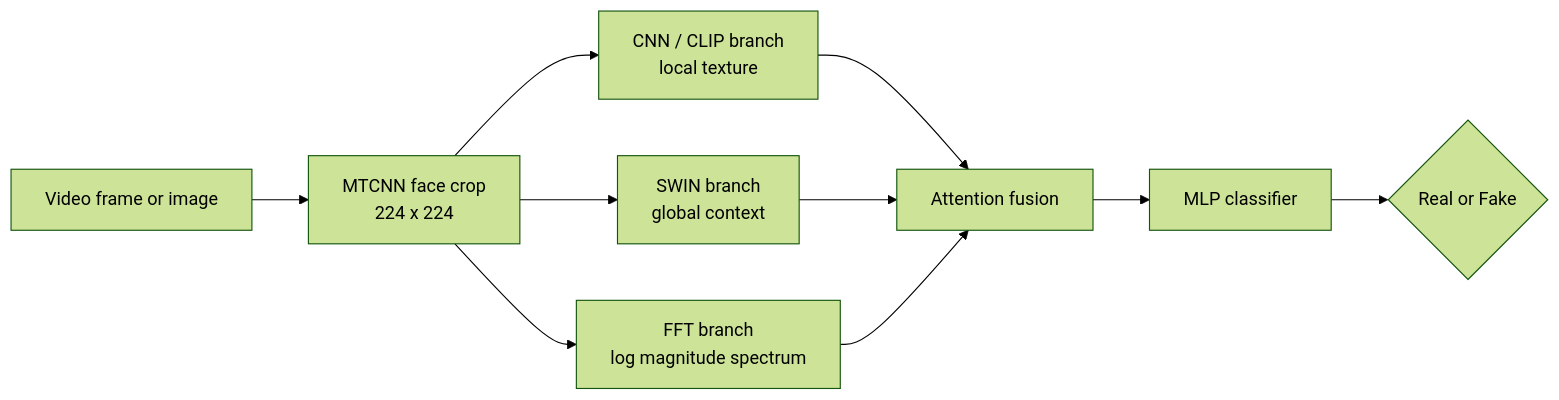
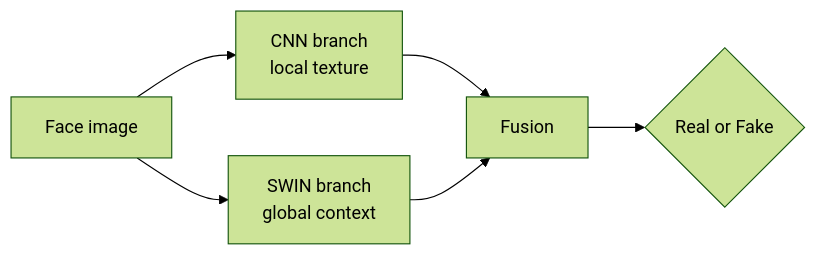
Before and after one commit to ishaan-mishraa/dfproject: the diagram in README.md, drawn with Mermaid (forest theme). The commit also changed other lines of this file, not shown here.

````diff
--- a/README.md
+++ b/README.md
@@ -23,12 +22,8 @@
 ```mermaid
 flowchart LR
-    A[Video frame or image] --> B[MTCNN face crop<br/>224 x 224]
-    B --> C[CNN / CLIP branch<br/>local texture]
-    B --> D[SWIN branch<br/>global context]
-    B --> E[FFT branch<br/>log magnitude spectrum]
-    C --> F[Attention fusion]
-    D --> F
-    E --> F
-    F --> G[MLP classifier]
-    G --> H{Real or Fake}
+    A[Face image] --> B[CNN branch<br/>local texture]
+    A --> C[SWIN branch<br/>global context]
+    B --> D[Fusion]
+    C --> D
+    D --> E{Real or Fake}
 ```
````
